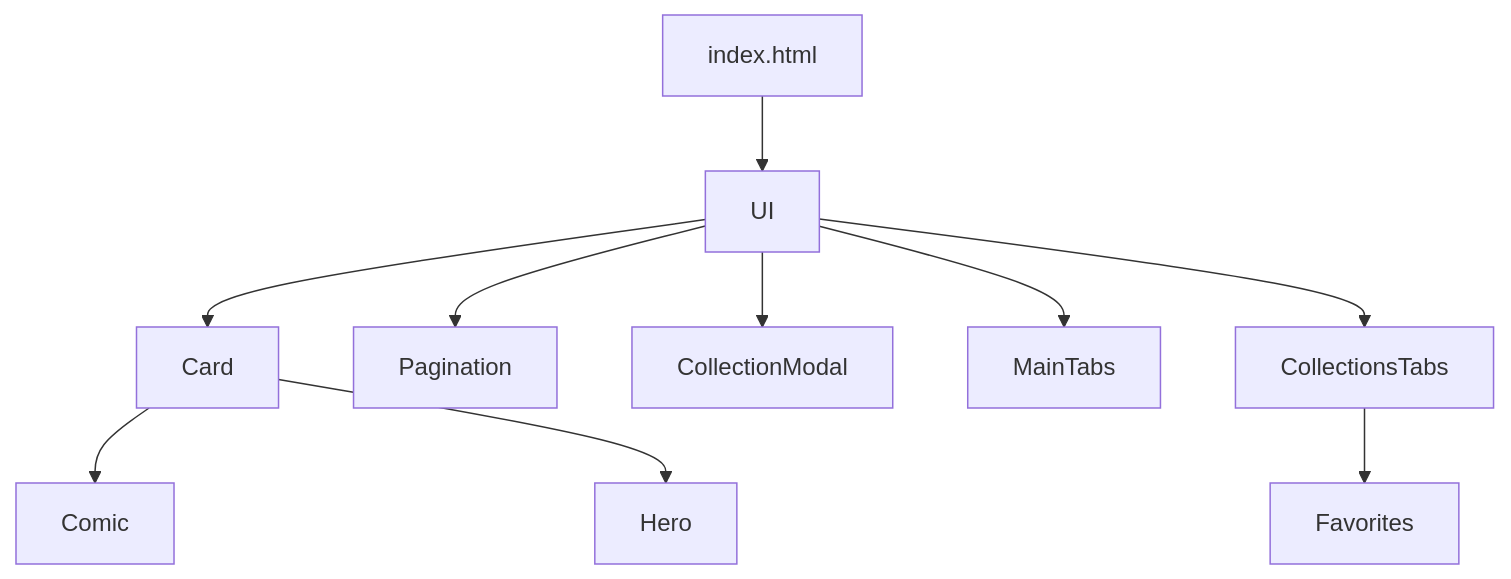
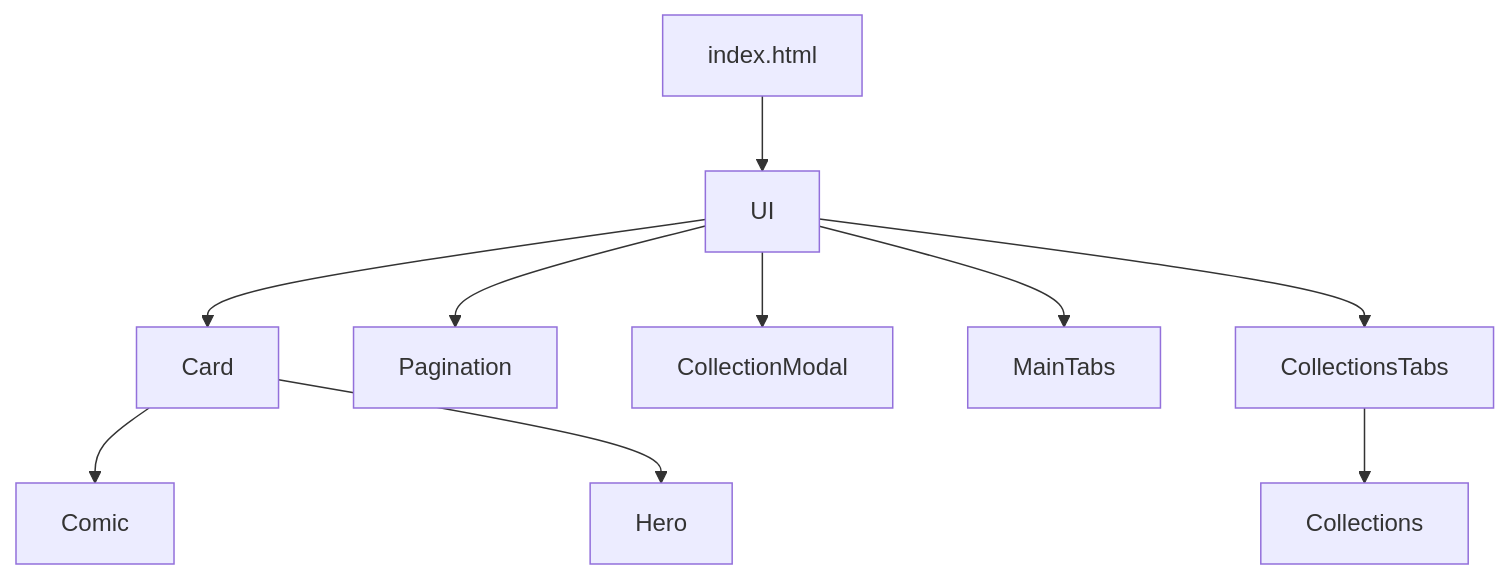
Before and after one commit to LuisEUM/programaci-n-web-UOC: the third of 5 diagrams in README.md, drawn with Mermaid. The commit also changed other lines of this file and 28 other files, not shown here.

````diff
--- a/README.md
+++ b/README.md
@@ -65,12 +65,12 @@
 ```mermaid
 graph TB
 A[index.html] --> B[UI]
 B --> C[Card]
 B --> D[Pagination]
 B --> E[CollectionModal]
 B --> F[MainTabs]
 B --> G[CollectionsTabs]
 C --> H[Comic]
 C --> I[Hero]
-G --> J[Favorites]
+G --> J[Collections]
 ```
````
